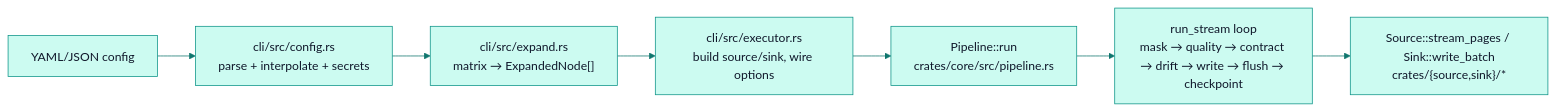
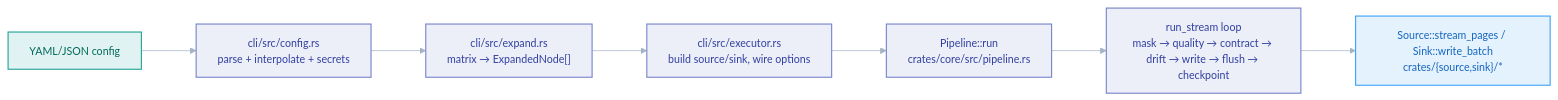
One commit to PawanSikawat/faucet-stream changed the second of 2 diagrams in docs/contributing/architecture.md. Above: the diagram before and after it, drawn with Mermaid. The commit also changed other lines of this file and 28 other files, not shown here.

First line of the commit message:
docs: upgrade Mermaid diagrams to V2 role-coded style

````diff
--- a/docs/contributing/architecture.md
+++ b/docs/contributing/architecture.md
@@ -61,10 +67,16 @@
 ```mermaid
-%%{init: {'theme':'base','themeVariables':{'primaryColor':'#ccfbf1','primaryTextColor':'#0f172a','primaryBorderColor':'#0d9488','lineColor':'#0f766e','secondaryColor':'#e0f2fe','tertiaryColor':'#f0fdfa','fontFamily':'-apple-system,BlinkMacSystemFont,Segoe UI,sans-serif'}}}%%
+%%{init: {'theme':'base','flowchart':{'curve':'basis','nodeSpacing':50,'rankSpacing':72,'padding':14},'themeVariables':{'fontFamily':'-apple-system,BlinkMacSystemFont,Segoe UI,sans-serif','fontSize':'14px','lineColor':'#a5b4c4','clusterBkg':'#f8fafc','clusterBorder':'#e2e8f0'}}}%%
 flowchart LR
     A["YAML/JSON config"] --> B["cli/src/config.rs<br/>parse + interpolate + secrets"]
     B --> C["cli/src/expand.rs<br/>matrix → ExpandedNode[]"]
     C --> D["cli/src/executor.rs<br/>build source/sink, wire options"]
     D --> E["Pipeline::run<br/>crates/core/src/pipeline.rs"]
     E --> F["run_stream loop<br/>mask → quality → contract → drift → write → flush → checkpoint"]
     F --> G["Source::stream_pages / Sink::write_batch<br/>crates/{source,sink}/*"]
+    classDef src fill:#e0f2f1,stroke:#26a69a,stroke-width:1.5px,color:#00695c
+    classDef proc fill:#eceff8,stroke:#7986cb,stroke-width:1.5px,color:#303f9f
+    classDef sink fill:#e3f2fd,stroke:#42a5f5,stroke-width:1.5px,color:#1565c0
+    class A src
+    class B,C,D,E,F proc
+    class G sink
 ```
````
